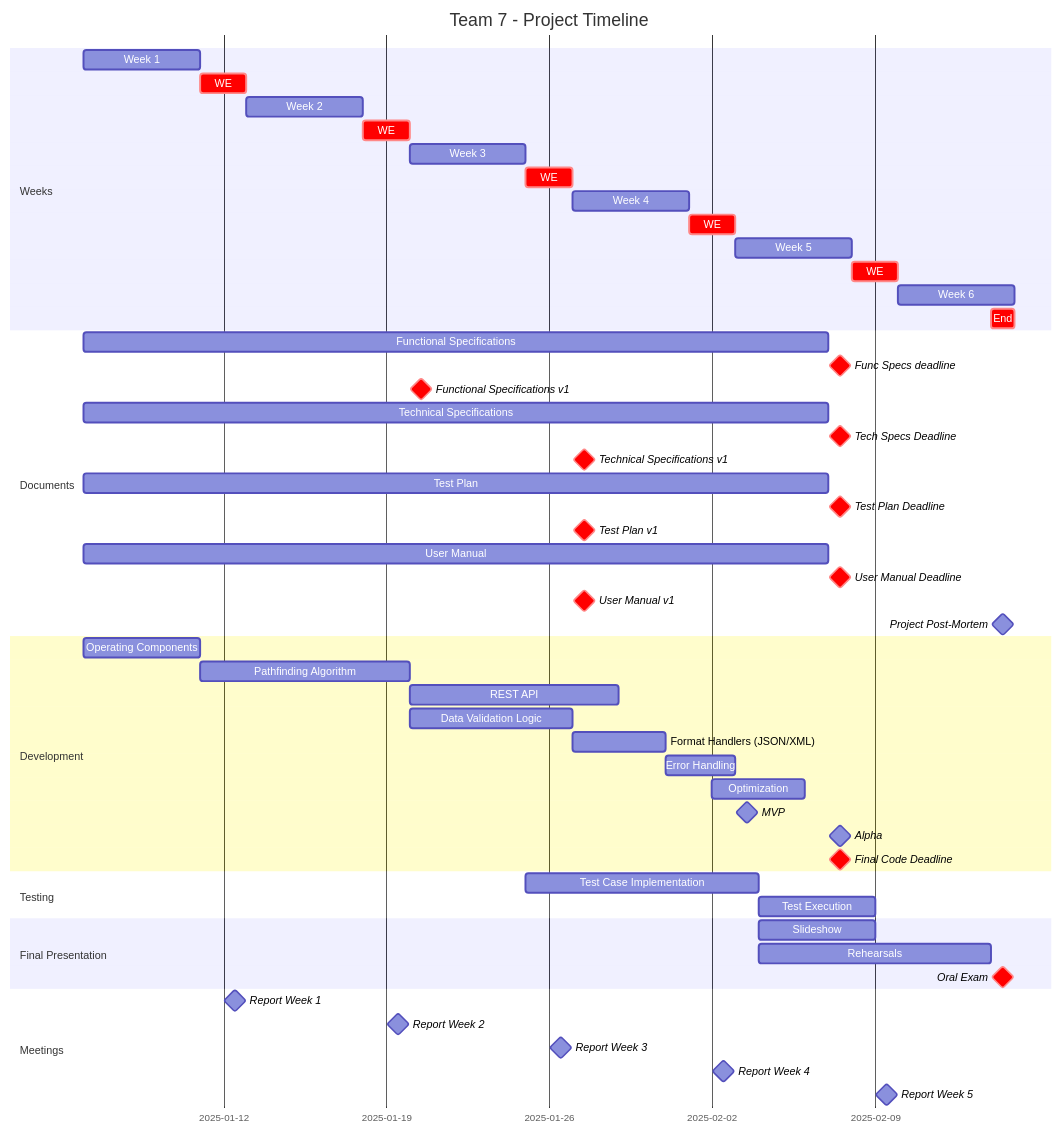
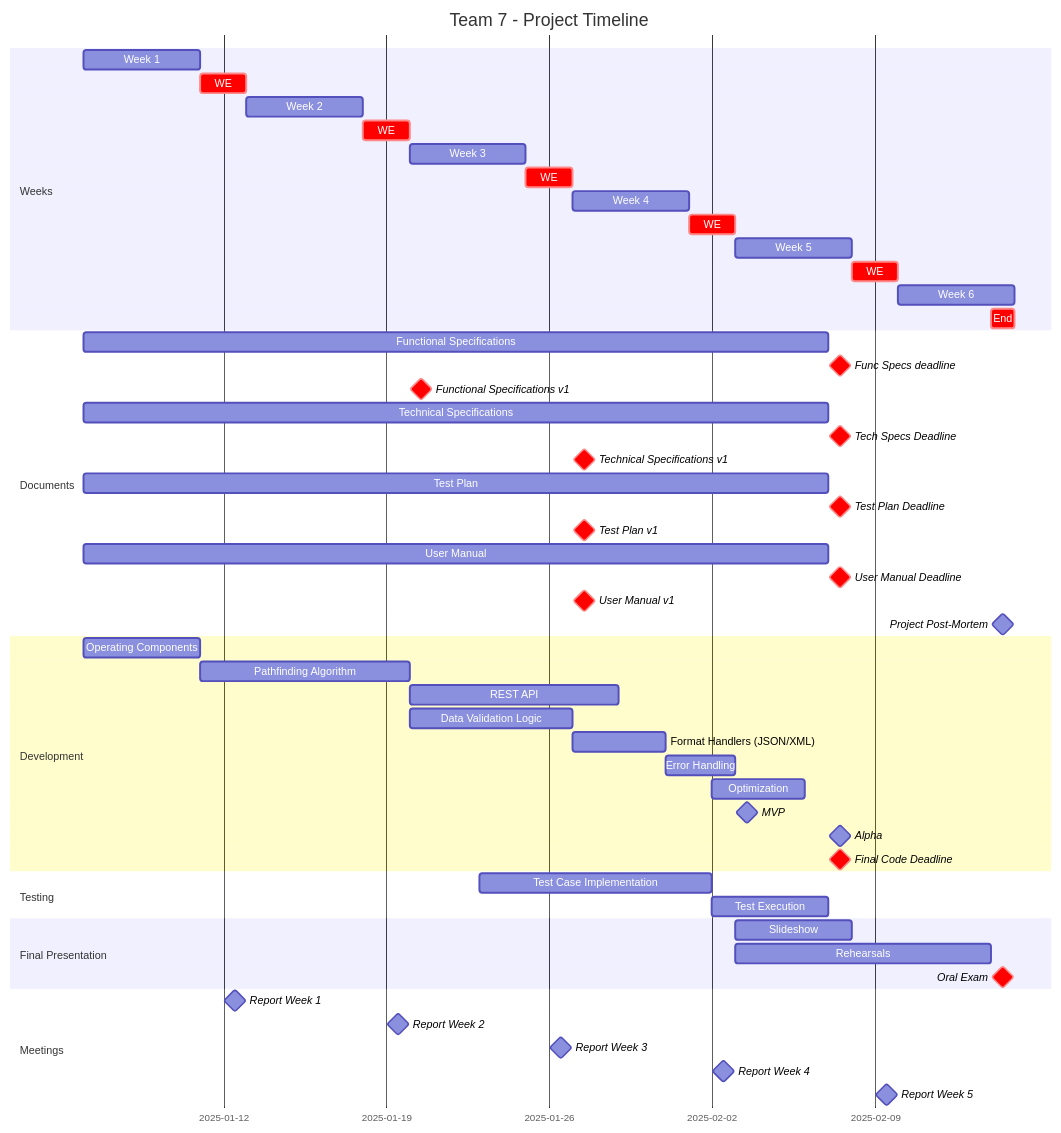
The first of 2 diagrams in Document/Functional/FunctionalSpecifications.md (algosup/2024-2025-project-3-quickest-path-team-7), drawn with Mermaid before and after one commit.

Commit message:
[Program Manager] Fix mistake milestones

````diff
--- a/Document/Functional/FunctionalSpecifications.md
+++ b/Document/Functional/FunctionalSpecifications.md
@@ -102,65 +102,65 @@
 ```mermaid
 ---
 displayMode: wide
 ---
 gantt
     title Team 7 - Project Timeline
     dateFormat  YYYY-MM-DD
 
     section Weeks
     Week 1  :2025-01-06, 5d
     WE      :crit, 2025-01-11, 2d
     Week 2  :2025-01-13, 5d
     WE      :crit, 2025-01-18, 2d
     Week 3  :2025-01-20, 5d
     WE      :crit, 2025-01-25, 2d
     Week 4  :2025-01-27, 5d
     WE      :crit, 2025-02-01, 2d
     Week 5  :2025-02-03, 5d
     WE      :crit, 2025-02-08, 2d
     Week 6  :2025-02-10, 5d
     End     :crit, 2025-02-14, 1d
 
     section Documents
         Functional Specifications           :2025-01-06, 32d
         Func Specs deadline  :crit, milestone, 2025-02-07, 1d
         Functional Specifications v1        :crit, milestone, 2025-01-20, 1d
         Technical Specifications            :2025-01-06, 32d
         Tech Specs Deadline                 :crit, milestone, 2025-02-07, 1d
         Technical Specifications v1         :crit, milestone, 2025-01-27, 1d
         Test Plan                           :2025-01-06, 32d
         Test Plan Deadline                  :crit, milestone, 2025-02-07, 1d
         Test Plan v1                        :crit, milestone, 2025-01-27, 1d
         User Manual                         :2025-01-06, 32d
         User Manual Deadline                :crit, milestone, 2025-02-07, 1d
         User Manual v1                        :crit, milestone, 2025-01-27, 1d
         Project Post-Mortem                 :milestone, 2025-02-14, 1d
 
     section Development
         Operating Components                :2025-01-06, 5d
         Pathfinding Algorithm               :2025-01-11, 9d
         REST API                            :2025-01-20, 9d
         Data Validation Logic               :2025-01-20, 7d
         Format Handlers (JSON/XML)          :2025-01-27, 4d
         Error Handling                      :2025-01-31, 3d
         Optimization                        :2025-02-02, 4d
         MVP                                 :milestone, 2025-02-03, 1d
         Alpha                               :milestone, 2025-02-07, 1d
         Final Code Deadline                 :crit, milestone, 2025-02-07, 1d
 
     section Testing
-        Test Case Implementation            :2025-01-25, 10d
-        Test Execution                      :2025-02-04, 5d
+        Test Case Implementation            :2025-01-23, 10d
+        Test Execution                      :2025-02-02, 5d
 
     section Final Presentation
-        Slideshow                           :2025-02-04, 5d
-        Rehearsals                          :2025-02-04, 10d
+        Slideshow                           :2025-02-03, 5d
+        Rehearsals                          :2025-02-03, 11d
         Oral Exam                           :crit, milestone, 2025-02-14, 1d
 
     section Meetings
         Report Week 1                       :milestone, 2025-01-12, 1d
         Report Week 2                       :milestone, 2025-01-19, 1d
         Report Week 3                       :milestone, 2025-01-26, 1d
         Report Week 4                       :milestone, 2025-02-02, 1d
         Report Week 5                       :milestone, 2025-02-09, 1d
 ```
````
